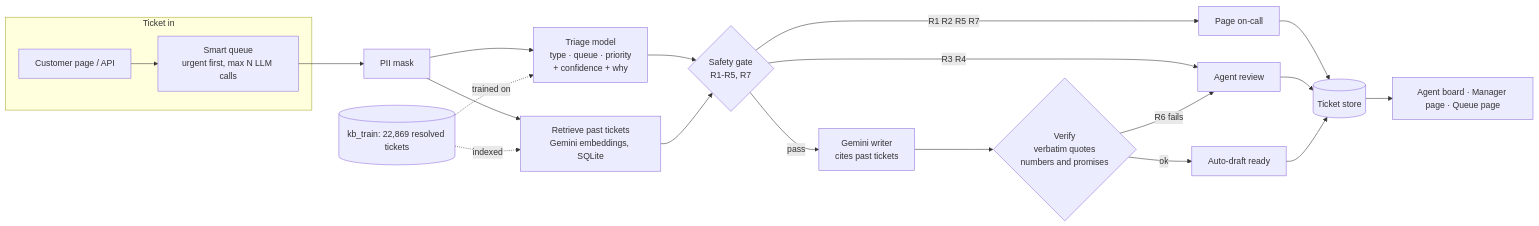
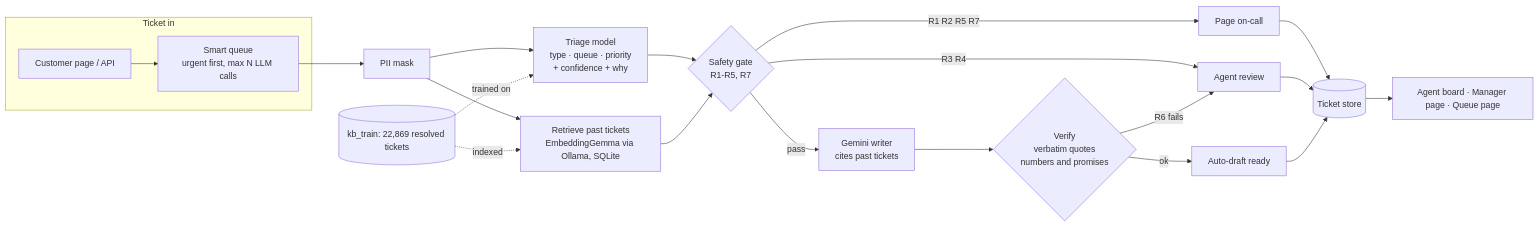
One commit to pjsk02/GDG-Hackathon-X-Northeastern changed the diagram in README.md. Above: the diagram before and after it, drawn with Mermaid. The commit also changed other lines of this file and 2 other files, not shown here.

````diff
--- a/README.md
+++ b/README.md
@@ -38,21 +38,21 @@
 ```mermaid
 flowchart LR
   subgraph In[Ticket in]
     C[Customer page / API] --> Q[Smart queue<br/>urgent first, max N LLM calls]
   end
   Q --> P[PII mask]
   P --> T[Triage model<br/>type · queue · priority<br/>+ confidence + why]
-  P --> R[Retrieve past tickets<br/>Gemini embeddings, SQLite]
+  P --> R[Retrieve past tickets<br/>EmbeddingGemma via Ollama, SQLite]
   T --> G{Safety gate<br/>R1-R5, R7}
   R --> G
   G -->|R1 R2 R5 R7| O[Page on-call]
   G -->|R3 R4| A[Agent review]
   G -->|pass| W[Gemini writer<br/>cites past tickets]
   W --> V{Verify<br/>verbatim quotes<br/>numbers and promises}
   V -->|R6 fails| A
   V -->|ok| D[Auto-draft ready]
   O & A & D --> S[(Ticket store)]
   S --> UI[Agent board · Manager page · Queue page]
   K[(kb_train: 22,869 resolved tickets)] -.indexed.-> R
   K -.trained on.-> T
 ```
````
